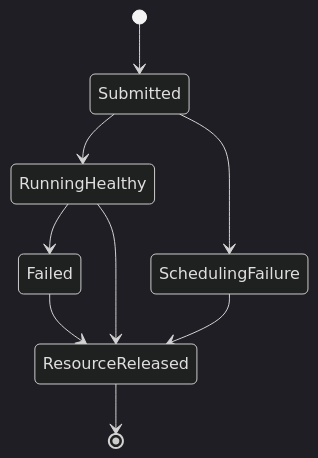
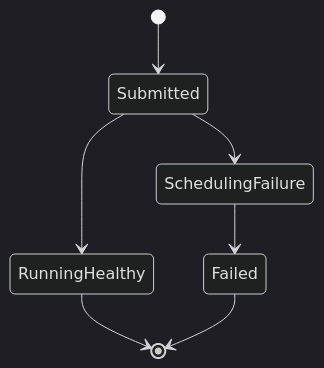
One commit to apache/spark-kubernetes-operator changed the third of 3 diagrams in docs/architecture.md. Above: the diagram before and after it, drawn with Mermaid (dark theme). The commit also changed other lines of this file, not shown here.

First line of the commit message:
[SPARK-59730] Update `architecture.md` to reflect the current code

````diff
--- a/docs/architecture.md
+++ b/docs/architecture.md
@@ -181,16 +194,13 @@
 ```mermaid
 stateDiagram-v2
 
     [*] --> Submitted
 
     Submitted --> RunningHealthy
     Submitted --> SchedulingFailure
 
-    RunningHealthy --> Failed
-    RunningHealthy --> ResourceReleased
+    SchedulingFailure --> Failed
 
-    SchedulingFailure --> ResourceReleased
-    Failed --> ResourceReleased
-
-    ResourceReleased --> [*]
+    RunningHealthy --> [*]
+    Failed --> [*]
 ```
````
